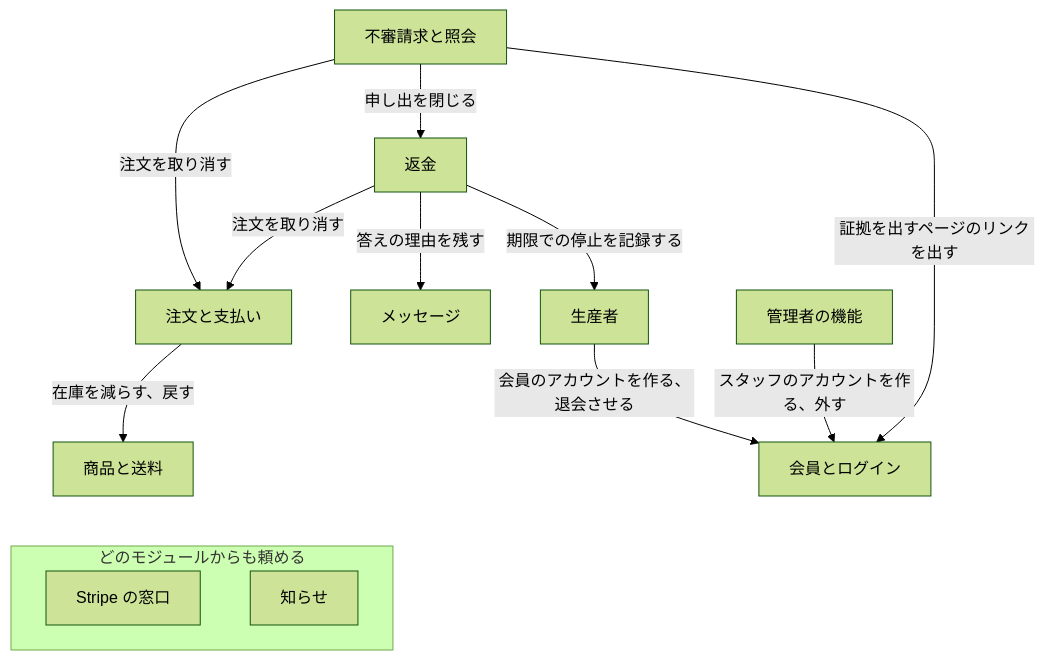
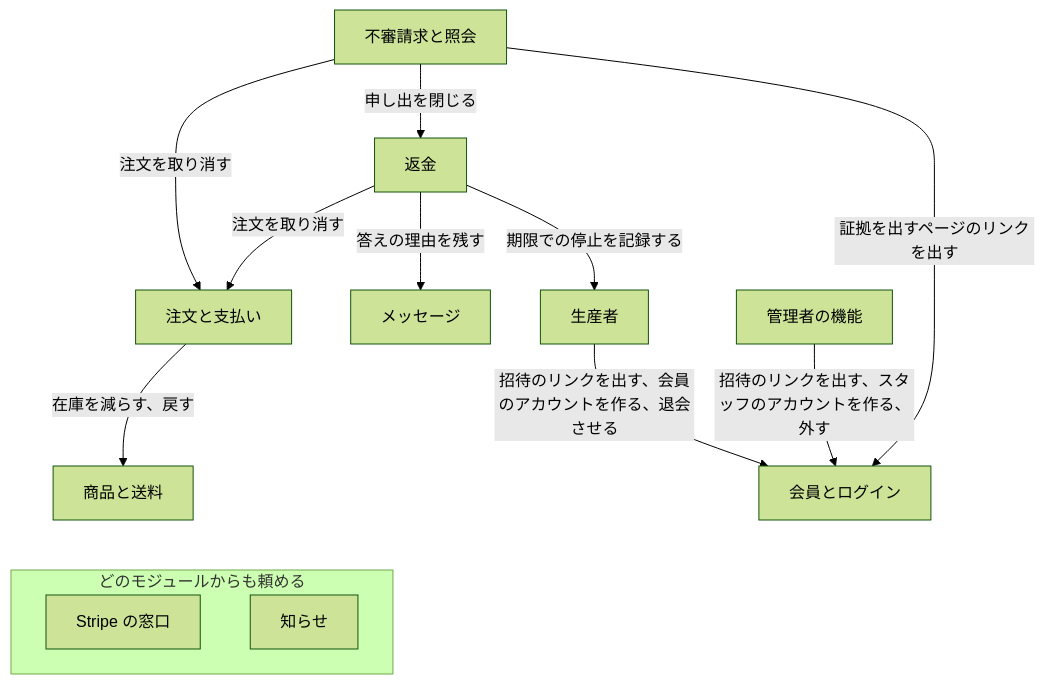
The second of 7 diagrams in docs/02-basic-design.md (tenkunomori-emu/emu-farm-ec), drawn with Mermaid (forest theme) before and after one commit. The commit also changed other lines of this file and 1 other file, not shown here.

Commit message:
docs: レビューの指摘を直す(支払いに付ける ID、README.md の構成図の文、図の矢印の文)

````diff
--- a/docs/02-basic-design.md
+++ b/docs/02-basic-design.md
@@ -165,26 +165,26 @@
 ```mermaid
 flowchart TB
     D["不審請求と照会"]
     R["返金"]
     O["注文と支払い"]
     G["商品と送料"]
     M["メッセージ"]
     P["生産者"]
     K["管理者の機能"]
     A["会員とログイン"]
     subgraph base["どのモジュールからも頼める"]
         N["知らせ"]
         S["Stripe の窓口"]
     end
     D -->|"注文を取り消す"| O
     D -->|"申し出を閉じる"| R
     R -->|"注文を取り消す"| O
     R -->|"答えの理由を残す"| M
     R -->|"期限での停止を記録する"| P
     O -->|"在庫を減らす、戻す"| G
-    P -->|"会員のアカウントを作る、退会させる"| A
+    P -->|"招待のリンクを出す、会員のアカウントを作る、退会させる"| A
     D -->|"証拠を出すページのリンクを出す"| A
-    K -->|"スタッフのアカウントを作る、外す"| A
+    K -->|"招待のリンクを出す、スタッフのアカウントを作る、外す"| A
     O ~~~ N
     G ~~~ S
 ```
````
